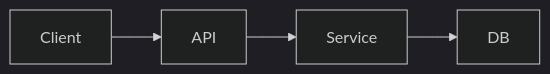
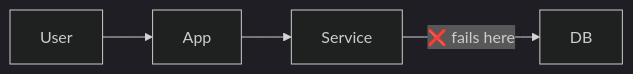
The first of 4 diagrams in plugins/forge/skills/forge/templates/design.md (ctschak/forge-kit), drawn with Mermaid (dark theme) before and after one commit. The commit also changed other lines of this file and 11 other files, not shown here.

Commit message:
changes: updated skills to include arch diagrams

````diff
--- a/plugins/forge/skills/forge/templates/design.md
+++ b/plugins/forge/skills/forge/templates/design.md
@@ -41,4 +13,5 @@
 ```mermaid
 flowchart LR
-  Client --> API --> Service --> DB
+  User --> App --> Service
+  Service -->|❌ fails here| DB
 ```
````
